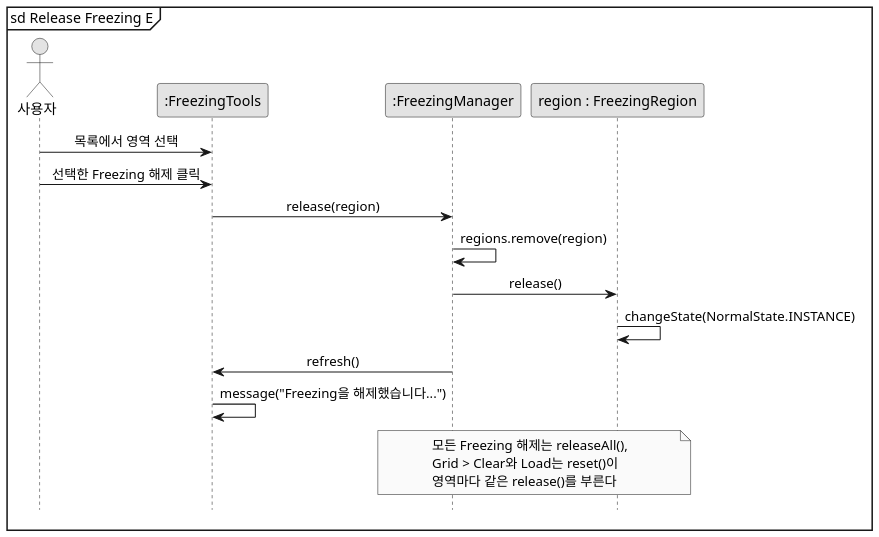
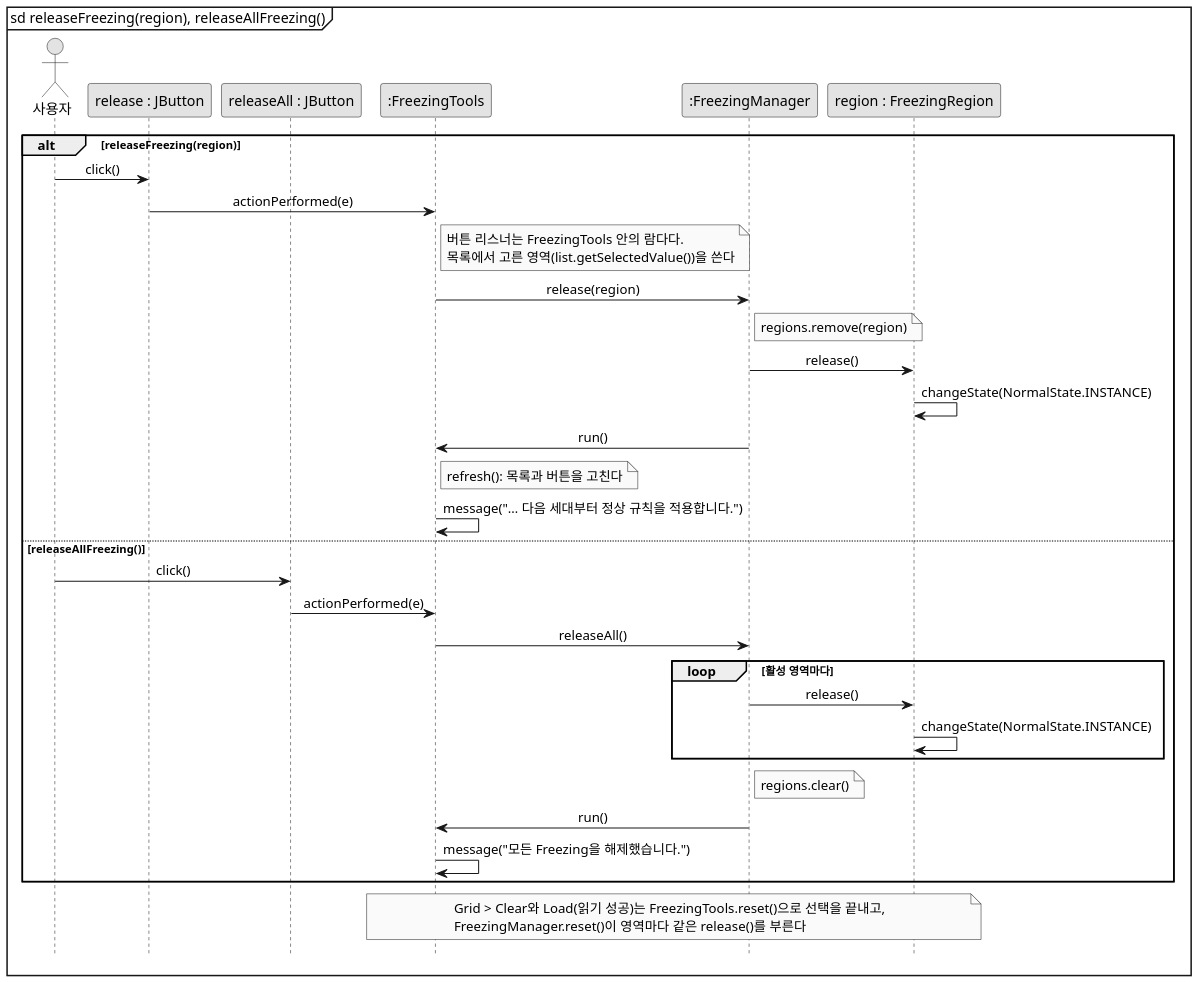
The diagram in docs/freezing/diagram/sd-release.puml (mckimR1972/DP_team_project), drawn with PlantUML before and after one commit. The commit also changed 27 other files, not shown here.

```diff
--- a/docs/freezing/diagram/sd-release.puml
+++ b/docs/freezing/diagram/sd-release.puml
@@ -1,29 +1,41 @@
 @startuml sd-release
 skinparam monochrome true
 skinparam dpi 150
 skinparam shadowing false
 skinparam defaultFontName "Malgun Gothic"
 skinparam sequenceMessageAlign center
 hide footbox
-mainframe sd Release Freezing E
+mainframe sd releaseFreezing(region), releaseAllFreezing()
 
 actor "사용자" as User
+participant "release : JButton" as RB
+participant "releaseAll : JButton" as AB
 participant ":FreezingTools" as T
 participant ":FreezingManager" as M
 participant "region : FreezingRegion" as R
 
-User -> T : 목록에서 영역 선택
-User -> T : 선택한 Freezing 해제 클릭
-T -> M : release(region)
-M -> M : regions.remove(region)
-M -> R : release()
-R -> R : changeState(NormalState.INSTANCE)
-M -> T : refresh()
-T -> T : message("Freezing을 해제했습니다...")
-
-note over M, R
-  모든 Freezing 해제는 releaseAll(),
-  Grid > Clear와 Load는 reset()이
-  영역마다 같은 release()를 부른다
-end note
+alt releaseFreezing(region)
+  User -> RB : click()
+  RB -> T : actionPerformed(e)
+  note right of T : 버튼 리스너는 FreezingTools 안의 람다다.\n목록에서 고른 영역(list.getSelectedValue())을 쓴다
+  T -> M : release(region)
+  note right of M : regions.remove(region)
+  M -> R : release()
+  R -> R : changeState(NormalState.INSTANCE)
+  M -> T : run()
+  note right of T : refresh(): 목록과 버튼을 고친다
+  T -> T : message("… 다음 세대부터 정상 규칙을 적용합니다.")
+else releaseAllFreezing()
+  User -> AB : click()
+  AB -> T : actionPerformed(e)
+  T -> M : releaseAll()
+  loop 활성 영역마다
+    M -> R : release()
+    R -> R : changeState(NormalState.INSTANCE)
+  end
+  note right of M : regions.clear()
+  M -> T : run()
+  T -> T : message("모든 Freezing을 해제했습니다.")
+end
+note over T, R : Grid > Clear와 Load(읽기 성공)는 FreezingTools.reset()으로 선택을 끝내고,\nFreezingManager.reset()이 영역마다 같은 release()를 부른다
 @enduml
```
